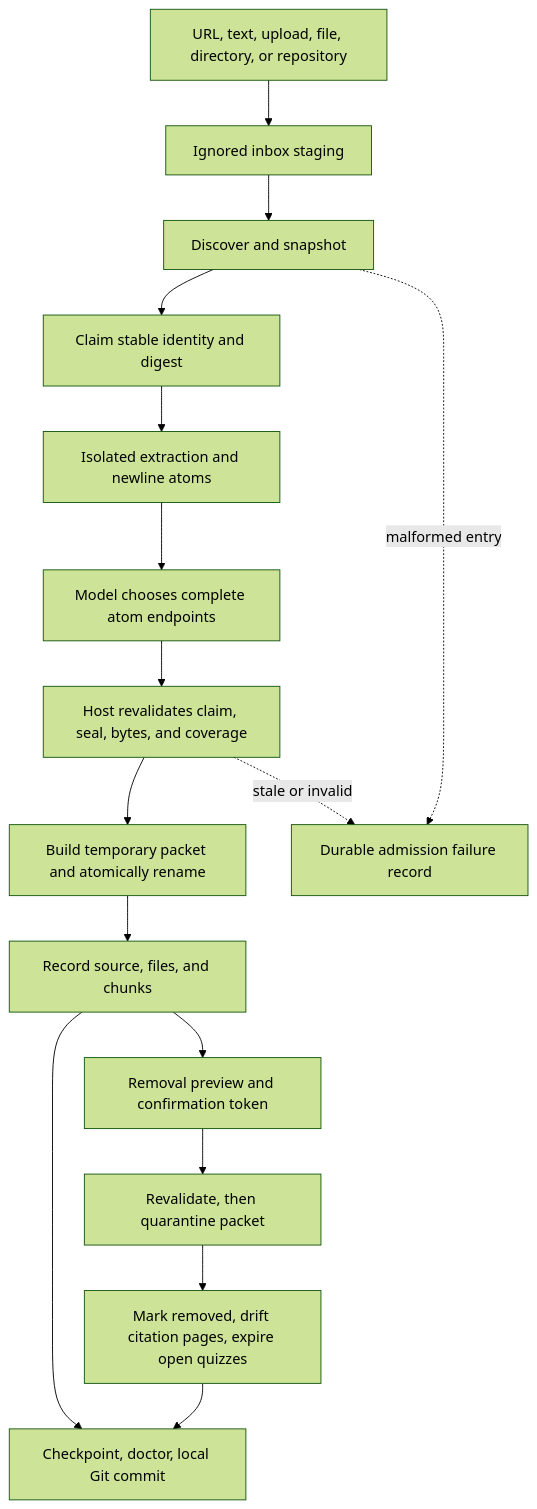
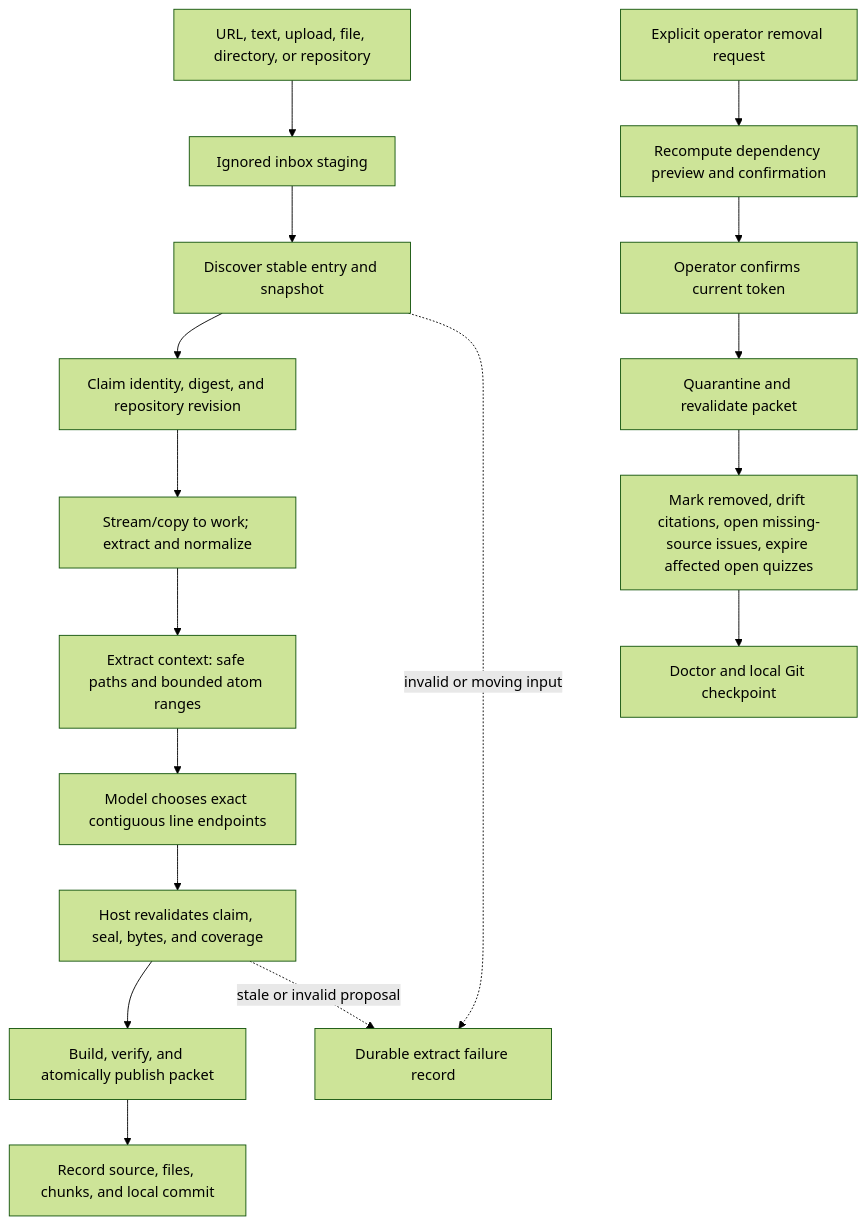
Before and after one commit to N-F9/pi-scholar: the third of 4 diagrams in pi-scholar-system.md, drawn with Mermaid (forest theme). The commit also changed other lines of this file and 26 other files, not shown here.

````diff
--- a/pi-scholar-system.md
+++ b/pi-scholar-system.md
@@ -309,19 +258,19 @@
 ```mermaid
 flowchart TD
   Input["URL, text, upload, file, directory, or repository"] --> Inbox["Ignored inbox staging"]
-  Inbox --> Discover["Discover and snapshot"]
-  Discover --> Claim["Claim stable identity and digest"]
-  Claim --> Prepare["Isolated extraction and newline atoms"]
-  Prepare --> Model["Model chooses complete atom endpoints"]
+  Inbox --> Discover["Discover stable entry and snapshot"]
+  Discover --> Claim["Claim identity, digest, and repository revision"]
+  Claim --> Prepare["Stream/copy to work; extract and normalize"]
+  Prepare --> Context["Extract context: safe paths and bounded atom ranges"]
+  Context --> Model["Model chooses exact contiguous line endpoints"]
   Model --> Revalidate["Host revalidates claim, seal, bytes, and coverage"]
-  Revalidate --> Packet["Build temporary packet and atomically rename"]
-  Packet --> Catalog["Record source, files, and chunks"]
-  Catalog --> Finalize["Checkpoint, doctor, local Git commit"]
-
-  Discover -. malformed entry .-> Failure["Durable admission failure record"]
-  Revalidate -. stale or invalid .-> Failure
-  Catalog --> Preview["Removal preview and confirmation token"]
-  Preview --> Quarantine["Revalidate, then quarantine packet"]
-  Quarantine --> Removed["Mark removed, drift citation pages, expire open quizzes"]
-  Removed --> Finalize
+  Revalidate --> Packet["Build, verify, and atomically publish packet"]
+  Packet --> Catalog["Record source, files, chunks, and local commit"]
+  Operator["Explicit operator removal request"] --> Preview["Recompute dependency preview and confirmation"]
+  Preview --> Confirm["Operator confirms current token"]
+  Confirm --> Quarantine["Quarantine and revalidate packet"]
+  Quarantine --> Removed["Mark removed, drift citations, open missing-source issues, expire affected open quizzes"]
+  Removed --> RemovalCommit["Doctor and local Git checkpoint"]
+  Discover -. "invalid or moving input" .-> Failure["Durable extract failure record"]
+  Revalidate -. "stale or invalid proposal" .-> Failure
 ```
````
